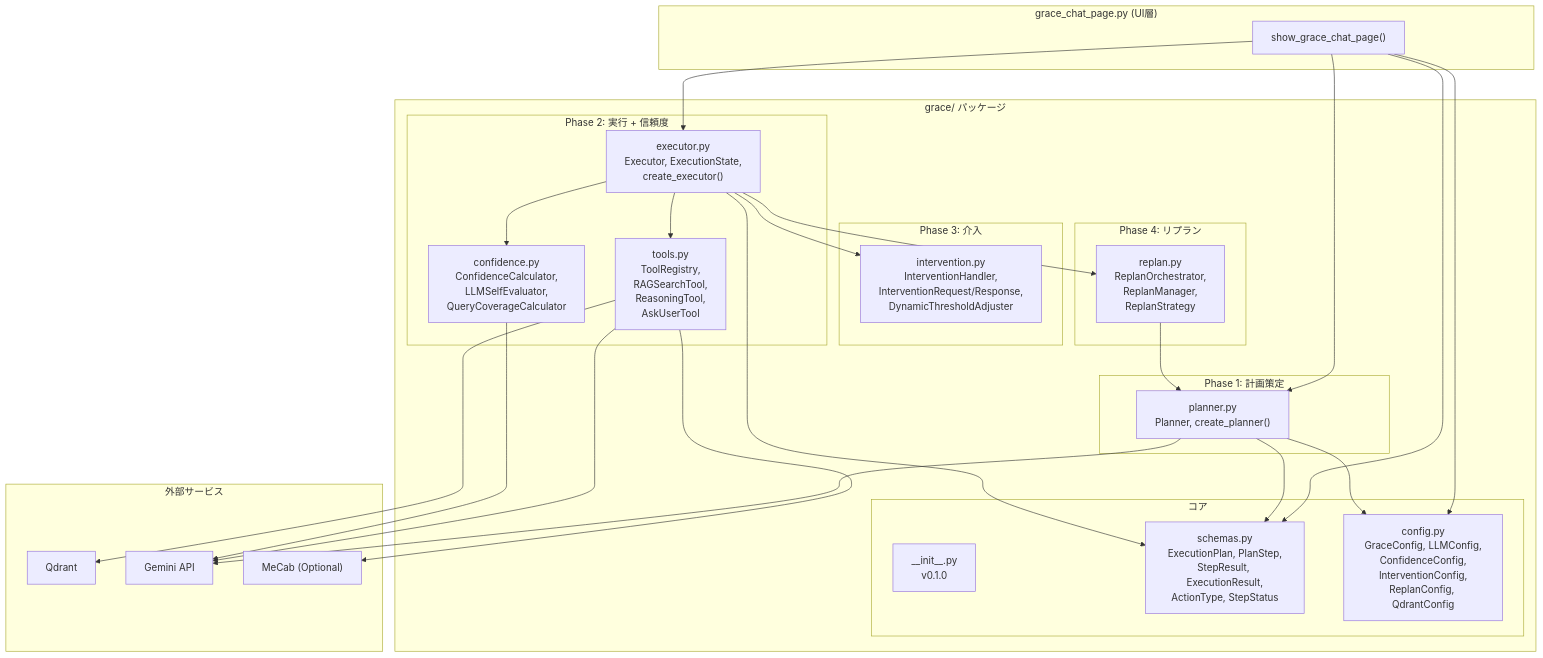
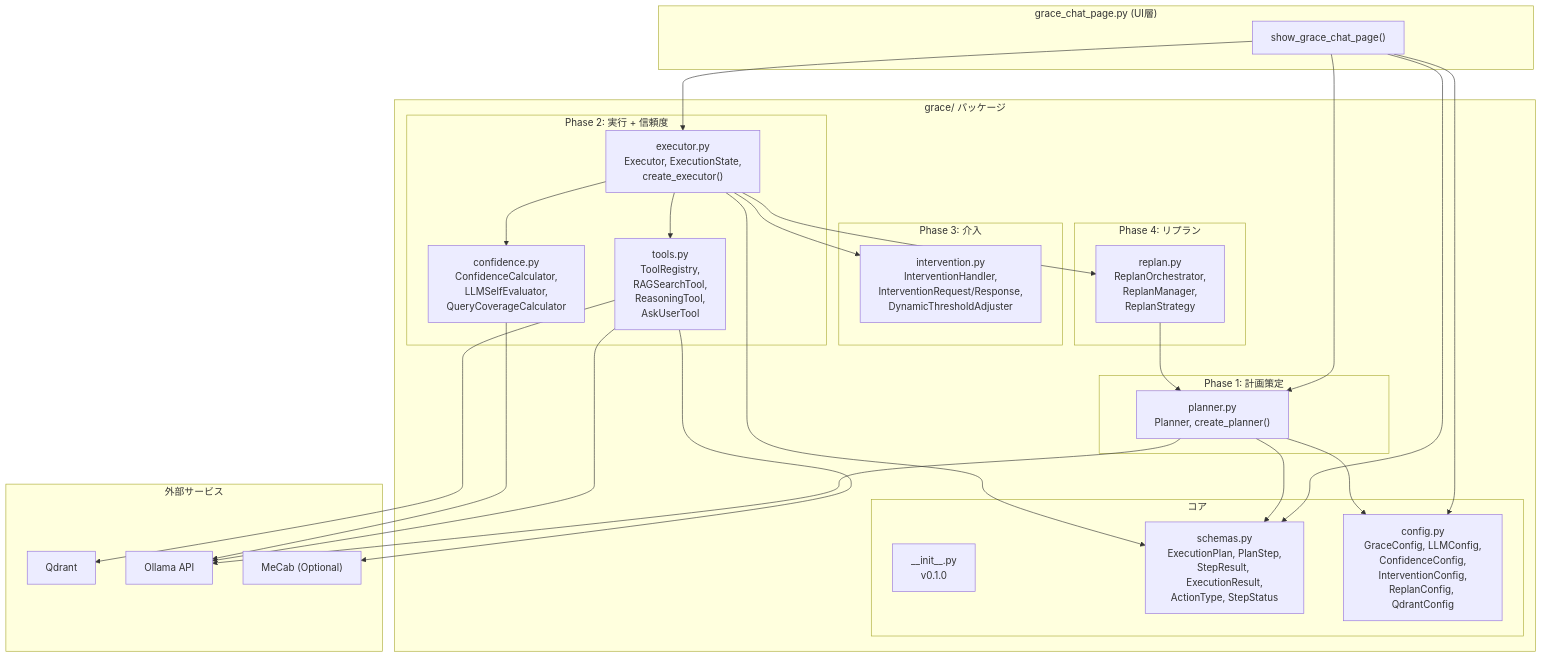
The ninth of 13 diagrams in README.md (nakashima2toshio/ollama_grace_agent_v2), drawn with Mermaid before and after one commit. The commit also changed other lines of this file, not shown here.

First line of the commit message:
docs(README): adapt copied README to the Ollama edition

````diff
--- a/README.md
+++ b/README.md
@@ -1046,60 +1047,60 @@
 ```mermaid
 flowchart TB
     subgraph UI["grace_chat_page.py (UI層)"]
         Page["show_grace_chat_page()"]
     end
 
     subgraph GracePackage["grace/ パッケージ"]
         subgraph Core["コア"]
             Init["__init__.py<br/>v0.1.0"]
             Schemas["schemas.py<br/>ExecutionPlan, PlanStep,<br/>StepResult, ExecutionResult,<br/>ActionType, StepStatus"]
             Config["config.py<br/>GraceConfig, LLMConfig,<br/>ConfidenceConfig,<br/>InterventionConfig,<br/>ReplanConfig, QdrantConfig"]
         end
 
         subgraph Phase1["Phase 1: 計画策定"]
             PlannerMod["planner.py<br/>Planner, create_planner()"]
         end
 
         subgraph Phase2["Phase 2: 実行 + 信頼度"]
             ExecutorMod["executor.py<br/>Executor, ExecutionState,<br/>create_executor()"]
             ToolsMod["tools.py<br/>ToolRegistry,<br/>RAGSearchTool,<br/>ReasoningTool,<br/>AskUserTool"]
             ConfMod["confidence.py<br/>ConfidenceCalculator,<br/>LLMSelfEvaluator,<br/>QueryCoverageCalculator"]
         end
 
         subgraph Phase3["Phase 3: 介入"]
             IntervMod["intervention.py<br/>InterventionHandler,<br/>InterventionRequest/Response,<br/>DynamicThresholdAdjuster"]
         end
 
         subgraph Phase4["Phase 4: リプラン"]
             ReplanMod["replan.py<br/>ReplanOrchestrator,<br/>ReplanManager,<br/>ReplanStrategy"]
         end
     end
 
     subgraph External["外部サービス"]
         Qdrant["Qdrant"]
-        Gemini["Gemini API"]
+        Gemini["Ollama API"]
         MeCab["MeCab (Optional)"]
     end
 
     Page --> PlannerMod
     Page --> ExecutorMod
     Page --> Schemas
     Page --> Config
 
     PlannerMod --> Schemas
     PlannerMod --> Config
     PlannerMod --> Gemini
 
     ExecutorMod --> ToolsMod
     ExecutorMod --> ConfMod
     ExecutorMod --> IntervMod
     ExecutorMod --> ReplanMod
     ExecutorMod --> Schemas
 
     ToolsMod --> Qdrant
     ToolsMod --> Gemini
     ToolsMod --> MeCab
 
     ConfMod --> Gemini
     ReplanMod --> PlannerMod
 ```
````
